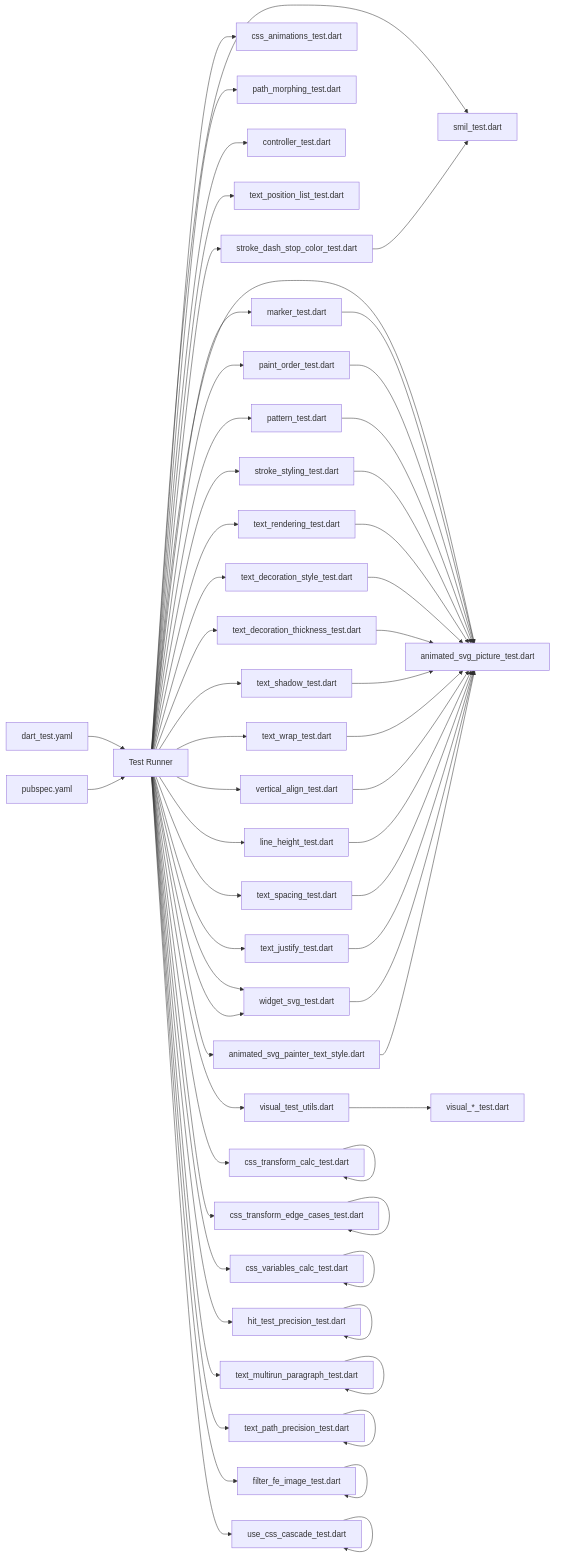
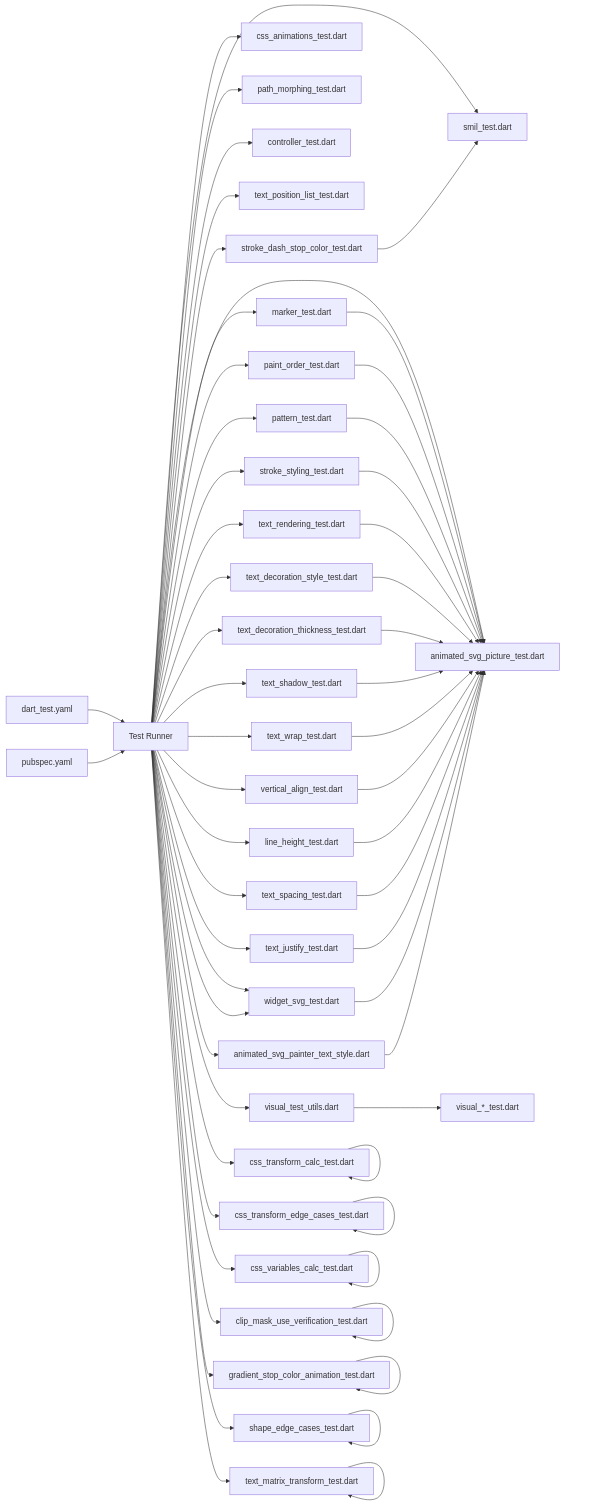
One commit to denisnadey/flutter_full_svg_support changed the ninth of 9 diagrams in .qoder/repowiki/en/content/Testing and Quality Assurance.md. Above: the diagram before and after it, drawn with Mermaid. The commit also changed other lines of this file and 8 other files, not shown here.

First line of the commit message:
feat(animation): add comprehensive stop-color animation support for gradient elements

````diff
--- a/.qoder/repowiki/en/content/Testing and Quality Assurance.md
+++ b/.qoder/repowiki/en/content/Testing and Quality Assurance.md
@@ -1091,62 +1098,60 @@
 ```mermaid
 graph LR
 D["dart_test.yaml"] --> T["Test Runner"]
 P["pubspec.yaml"] --> T
 T --> V["visual_test_utils.dart"]
 T --> S["smil_test.dart"]
 T --> C["css_animations_test.dart"]
 T --> PM["path_morphing_test.dart"]
 T --> CT["controller_test.dart"]
 T --> AP["animated_svg_picture_test.dart"]
 T --> TP["text_position_list_test.dart"]
 T --> MK["marker_test.dart"]
 T --> PO["paint_order_test.dart"]
 T --> PT["pattern_test.dart"]
 T --> SS["stroke_styling_test.dart"]
 T --> TR["text_rendering_test.dart"]
 T --> TDS["text_decoration_style_test.dart"]
 T --> TDT["text_decoration_thickness_test.dart"]
 T --> TSH["text_shadow_test.dart"]
 T --> TW["text_wrap_test.dart"]
 T --> VA["vertical_align_test.dart"]
 T --> LH["line_height_test.dart"]
 T --> TS["text_spacing_test.dart"]
 T --> TJ["text_justify_test.dart"]
 T --> WS["white_space_test.dart"]
 T --> SDSC["stroke_dash_stop_color_test.dart"]
 T --> ASTS["animated_svg_painter_text_style.dart"]
 T --> WS["widget_svg_test.dart"]
 T --> CTC["css_transform_calc_test.dart"]
 T --> CTEC["css_transform_edge_cases_test.dart"]
 T --> CVC["css_variables_calc_test.dart"]
-T --> HTP["hit_test_precision_test.dart"]
-T --> TMP["text_multirun_paragraph_test.dart"]
-T --> TPP["text_path_precision_test.dart"]
-T --> FFI["filter_fe_image_test.dart"]
-T --> UCC["use_css_cascade_test.dart"]
+T --> CMUV["clip_mask_use_verification_test.dart"]
+T --> GSAT["gradient_stop_color_animation_test.dart"]
+T --> SEC["shape_edge_cases_test.dart"]
+T --> TMT["text_matrix_transform_test.dart"]
 V --> VT["visual_*_test.dart"]
 MK --> AP
 PO --> AP
 PT --> AP
 SS --> AP
 TR --> AP
 TDS --> AP
 TDT --> AP
 TSH --> AP
 TW --> AP
 VA --> AP
 LH --> AP
 TS --> AP
 TJ --> AP
 WS --> AP
 SDSC --> S
 ASTS --> AP
 CTC --> CTC
 CTEC --> CTEC
 CVC --> CVC
-HTP --> HTP
-TMP --> TMP
-TPP --> TPP
-FFI --> FFI
-UCC --> UCC
+CMUV --> CMUV
+GSAT --> GSAT
+SEC --> SEC
+TMT --> TMT
 ```
````
